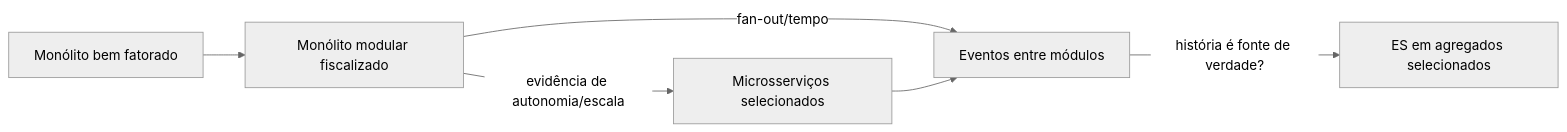
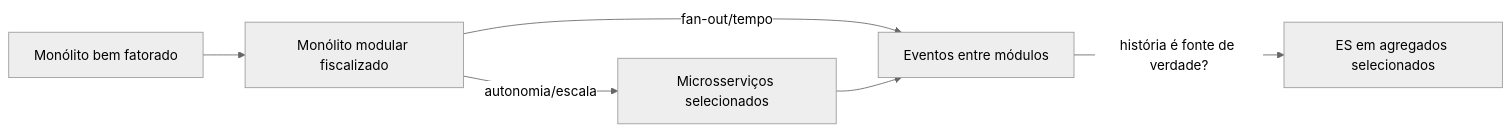
One commit to blasther12/alexandria changed the diagram in architecture/comparison.md. Above: the diagram before and after it, drawn with Mermaid (neutral theme). The commit also changed other lines of this file, not shown here.

Commit message:
docs(architecture): deepen architecture comparison by forces and evolution

````diff
--- a/architecture/comparison.md
+++ b/architecture/comparison.md
@@ -49,8 +411,8 @@
 ```mermaid
 flowchart LR
     M[Monólito bem fatorado] --> MM[Monólito modular fiscalizado]
-    MM -->|evidência de autonomia/escala| MS[Microsserviços selecionados]
+    MM -->|autonomia/escala| MS[Microsserviços selecionados]
     MM -->|fan-out/tempo| ED[Eventos entre módulos]
     MS --> ED
     ED -->|história é fonte de verdade?| ES[ES em agregados selecionados]
 ```
````
